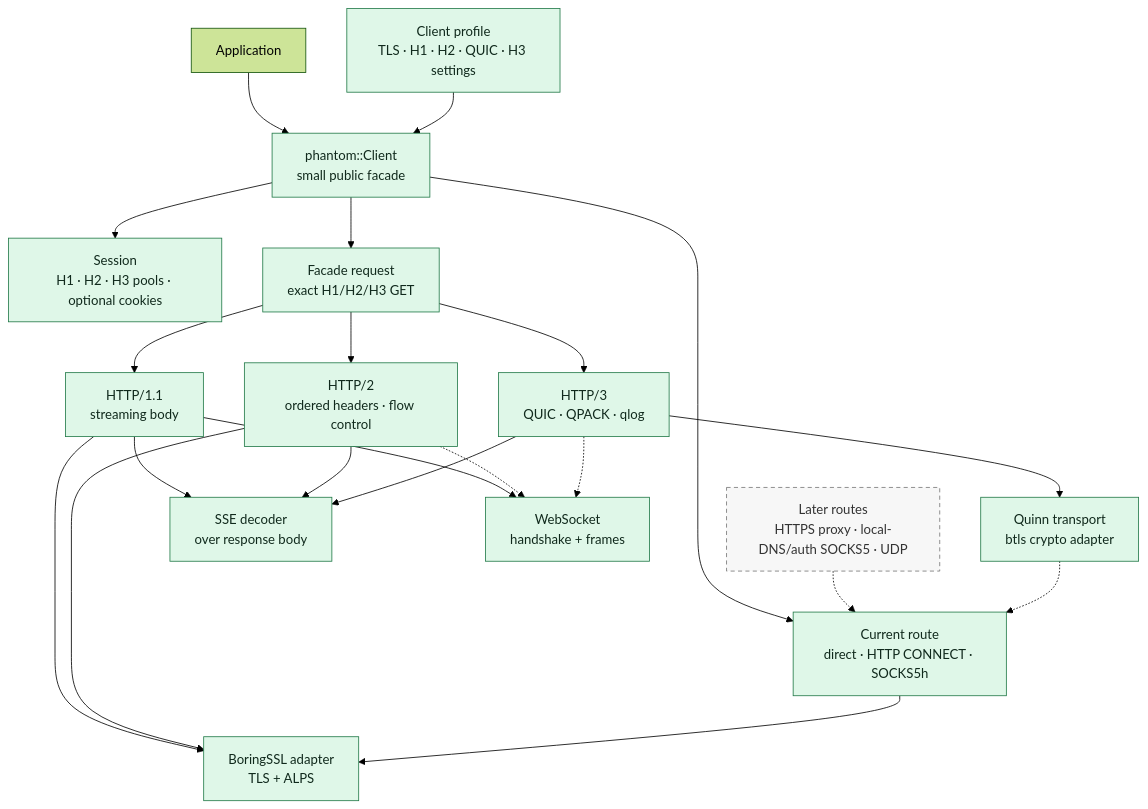
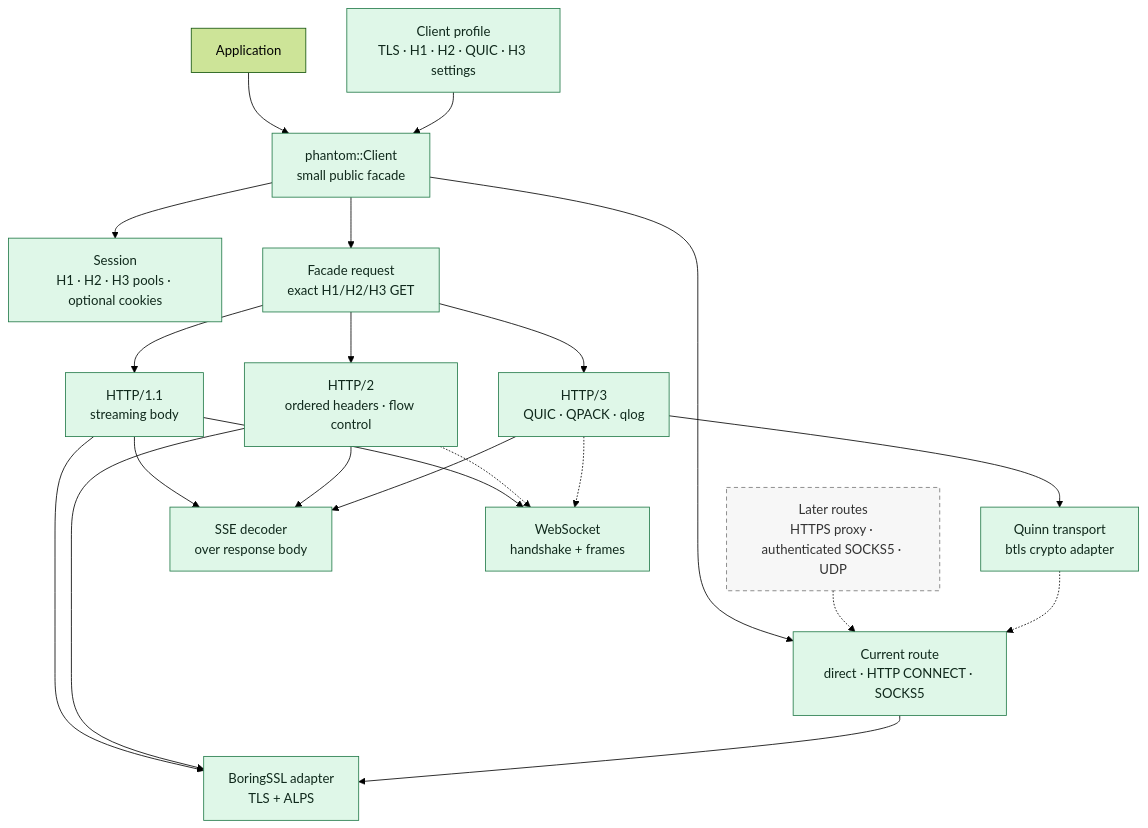
Before and after one commit to bywayhq/phantom: the first of 4 diagrams in docs/architecture.md, drawn with Mermaid (forest theme). The commit also changed other lines of this file and 26 other files, not shown here.

Commit message:
feat(proxy): add local DNS SOCKS5 routing

````diff
--- a/docs/architecture.md
+++ b/docs/architecture.md
@@ -23,44 +23,44 @@
 ```mermaid
 flowchart TB
     User[Application]
     Client["phantom::Client<br/>small public facade"]
     Session["Session<br/>H1 · H2 · H3 pools · optional cookies"]
     Profile["Client profile<br/>TLS · H1 · H2 · QUIC · H3 settings"]
-    Route["Current route<br/>direct · HTTP CONNECT · SOCKS5h"]
-    FutureRoute["Later routes<br/>HTTPS proxy · local-DNS/auth SOCKS5 · UDP"]
+    Route["Current route<br/>direct · HTTP CONNECT · SOCKS5"]
+    FutureRoute["Later routes<br/>HTTPS proxy · authenticated SOCKS5 · UDP"]
     FacadeRequest["Facade request<br/>exact H1/H2/H3 GET"]
 
     H1["HTTP/1.1<br/>streaming body"]
     H2["HTTP/2<br/>ordered headers · flow control"]
     H3["HTTP/3<br/>QUIC · QPACK · qlog"]
     TLS["BoringSSL adapter<br/>TLS + ALPS"]
     QUIC["Quinn transport<br/>btls crypto adapter"]
     SSE["SSE decoder<br/>over response body"]
     WS["WebSocket<br/>handshake + frames"]
 
     User --> Client
     Profile --> Client
     FacadeRequest --> H1
     FacadeRequest --> H2
     FacadeRequest --> H3
     Client --> Session
     Client --> Route
     FutureRoute -.-> Route
     Client --> FacadeRequest
     H1 --> TLS
     H2 --> TLS
     H3 --> QUIC
     Route --> TLS
     QUIC -.-> Route
     H1 --> SSE
     H2 --> SSE
     H3 --> SSE
     H1 --> WS
     H2 -.-> WS
     H3 -.-> WS
 
     classDef current fill:#dff7e8,stroke:#237a49,color:#10291c
     classDef planned fill:#f7f7f7,stroke:#777,stroke-dasharray:5 4,color:#333
     class Client,Session,Profile,Route,FacadeRequest,H1,H2,H3,TLS,QUIC,SSE,WS current
     class FutureRoute planned
 ```
````
